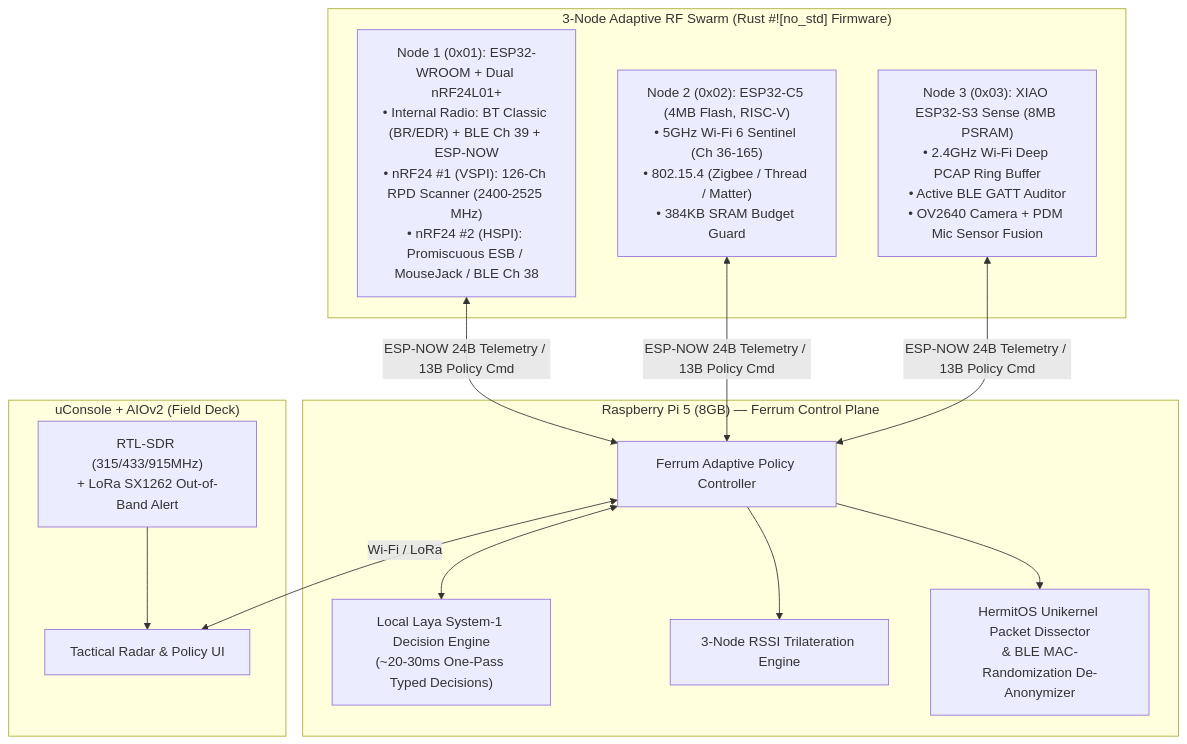
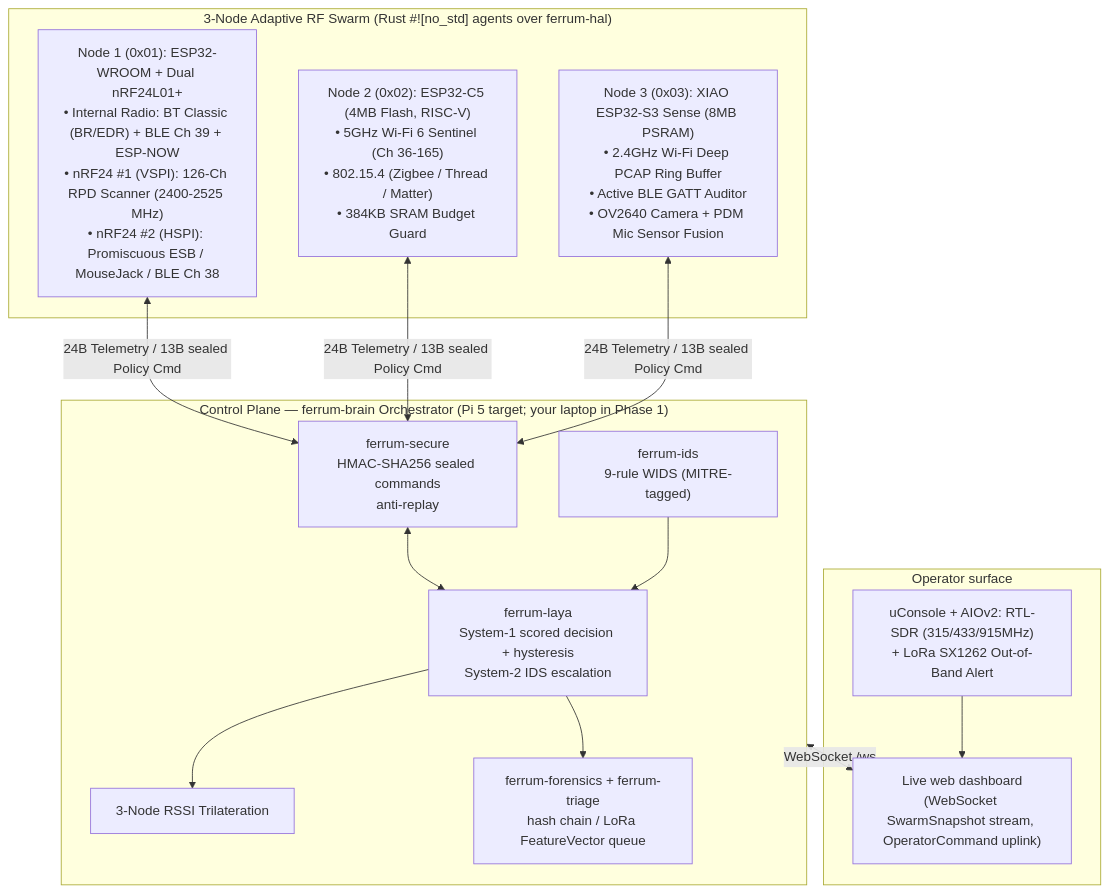
Before and after one commit to DreadpiratePickles/ferret: the first of 2 diagrams in ARCHITECTURE.md, drawn with Mermaid. The commit also changed other lines of this file and 2 other files, not shown here.

Commit message:
docs: rewrite README/ARCHITECTURE for the living swarm, add demo walkthrough

````diff
--- a/ARCHITECTURE.md
+++ b/ARCHITECTURE.md
@@ -5,27 +7,29 @@
 ```mermaid
 flowchart TB
-    subgraph Swarm["3-Node Adaptive RF Swarm (Rust #![no_std] Firmware)"]
+    subgraph Swarm["3-Node Adaptive RF Swarm (Rust #![no_std] agents over ferrum-hal)"]
         WROOM["Node 1 (0x01): ESP32-WROOM + Dual nRF24L01+\n• Internal Radio: BT Classic (BR/EDR) + BLE Ch 39 + ESP-NOW\n• nRF24 #1 (VSPI): 126-Ch RPD Scanner (2400-2525 MHz)\n• nRF24 #2 (HSPI): Promiscuous ESB / MouseJack / BLE Ch 38"]
         C5["Node 2 (0x02): ESP32-C5 (4MB Flash, RISC-V)\n• 5GHz Wi-Fi 6 Sentinel (Ch 36-165)\n• 802.15.4 (Zigbee / Thread / Matter)\n• 384KB SRAM Budget Guard"]
         S3["Node 3 (0x03): XIAO ESP32-S3 Sense (8MB PSRAM)\n• 2.4GHz Wi-Fi Deep PCAP Ring Buffer\n• Active BLE GATT Auditor\n• OV2640 Camera + PDM Mic Sensor Fusion"]
     end
 
-    subgraph Pi5["Raspberry Pi 5 (8GB) — Ferrum Control Plane"]
-        Scheduler["Ferrum Adaptive Policy Controller"]
-        Laya["Local Laya System-1 Decision Engine\n(~20-30ms One-Pass Typed Decisions)"]
-        Radar["3-Node RSSI Trilateration Engine"]
-        Unikernel["HermitOS Unikernel Packet Dissector\n& BLE MAC-Randomization De-Anonymizer"]
+    subgraph Brain["Control Plane — ferrum-brain Orchestrator (Pi 5 target; your laptop in Phase 1)"]
+        Laya["ferrum-laya\nSystem-1 scored decision + hysteresis\nSystem-2 IDS escalation"]
+        IDS["ferrum-ids\n9-rule WIDS (MITRE-tagged)"]
+        Secure["ferrum-secure\nHMAC-SHA256 sealed commands\nanti-replay"]
+        Radar["3-Node RSSI Trilateration"]
+        Proofs["ferrum-forensics + ferrum-triage\nhash chain / LoRa FeatureVector queue"]
     end
 
-    subgraph Deck["uConsole + AIOv2 (Field Deck)"]
-        UI["Tactical Radar & Policy UI"]
-        SubGHz["RTL-SDR (315/433/915MHz)\n+ LoRa SX1262 Out-of-Band Alert"]
+    subgraph Deck["Operator surface"]
+        Web["Live web dashboard\n(WebSocket SwarmSnapshot stream, OperatorCommand uplink)"]
+        SubGHz["uConsole + AIOv2: RTL-SDR (315/433/915MHz)\n+ LoRa SX1262 Out-of-Band Alert"]
     end
 
-    WROOM & C5 & S3 <-->|"ESP-NOW 24B Telemetry / 13B Policy Cmd"| Scheduler
-    Scheduler <--> Laya
-    Scheduler --> Unikernel
-    Scheduler --> Radar
-    Scheduler <-->|"Wi-Fi / LoRa"| UI
-    SubGHz --> UI
+    WROOM & C5 & S3 <-->|"24B Telemetry / 13B sealed Policy Cmd"| Secure
+    Secure <--> Laya
+    IDS --> Laya
+    Laya --> Proofs
+    Laya --> Radar
+    Brain <-->|"WebSocket /ws"| Web
+    SubGHz --> Web
 ```
````
